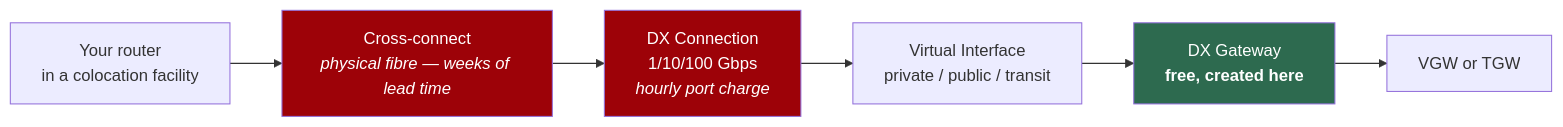
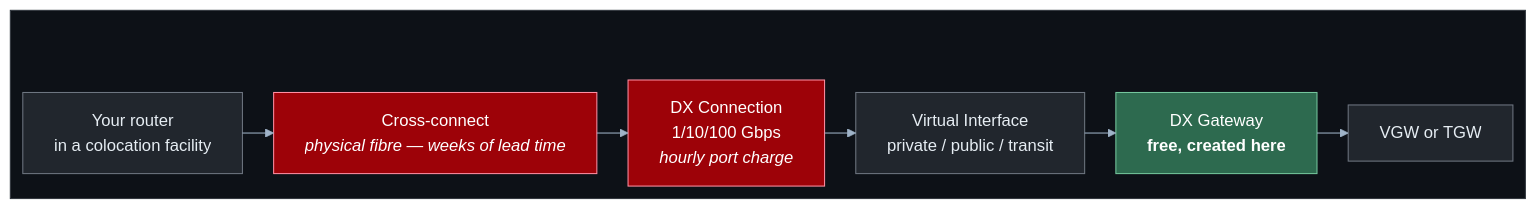
Before and after one commit to HuyNguyen260398/aws-network-architecture: the second of 2 diagrams in labs/07-hybrid-networking/README.md, drawn with Mermaid. The commit also changed other lines of this file and 13 other files, not shown here.

First line of the commit message:
docs(diagrams): restyle all Mermaid diagrams for dark mode and orthogonal lines

````diff
--- a/labs/07-hybrid-networking/README.md
+++ b/labs/07-hybrid-networking/README.md
@@ -350,15 +376,39 @@
 ```mermaid
-graph LR
-    DC["Your router<br/>in a colocation facility"]
-    XC["Cross-connect<br/><i>physical fibre — weeks of lead time</i>"]
-    CONN["DX Connection<br/>1/10/100 Gbps<br/><i>hourly port charge</i>"]
-    VIF["Virtual Interface<br/>private / public / transit"]
-    DXGW["DX Gateway<br/><b>free, created here</b>"]
-    VGW["VGW or TGW"]
+---
+config:
+  layout: elk
+  theme: base
+  themeVariables:
+    lineColor: "#9fb3c8"
+    textColor: "#e6edf3"
+    primaryColor: "#21262d"
+    primaryTextColor: "#e6edf3"
+    primaryBorderColor: "#6e7681"
+    edgeLabelBackground: "#0d1117"
+    clusterBkg: "#161b22"
+    clusterBorder: "#6e7681"
+    titleColor: "#e6edf3"
+  flowchart:
+    curve: rounded
+    wrappingWidth: 420
+---
+flowchart LR
+    subgraph CANVAS[" "]
+        DC["Your router<br/>in a colocation facility"]
+        XC["Cross-connect<br/><i>physical fibre — weeks of lead time</i>"]
+        CONN["DX Connection<br/>1/10/100 Gbps<br/><i>hourly port charge</i>"]
+        VIF["Virtual Interface<br/>private / public / transit"]
+        DXGW["DX Gateway<br/><b>free, created here</b>"]
+        VGW["VGW or TGW"]
+    end
 
     DC --> XC --> CONN --> VIF --> DXGW --> VGW
 
-    style DXGW fill:#2d6a4f,color:#fff
-    style XC fill:#9d0208,color:#fff
-    style CONN fill:#9d0208,color:#fff
+    classDef canvas fill:#0d1117,stroke:#30363d,color:#e6edf3
+    classDef free fill:#2d6a4f,stroke:#74c69d,color:#fff
+    classDef billed fill:#9d0208,stroke:#ff8fa3,color:#fff
+
+    class CANVAS canvas
+    class DXGW free
+    class XC,CONN billed
 ```
````
